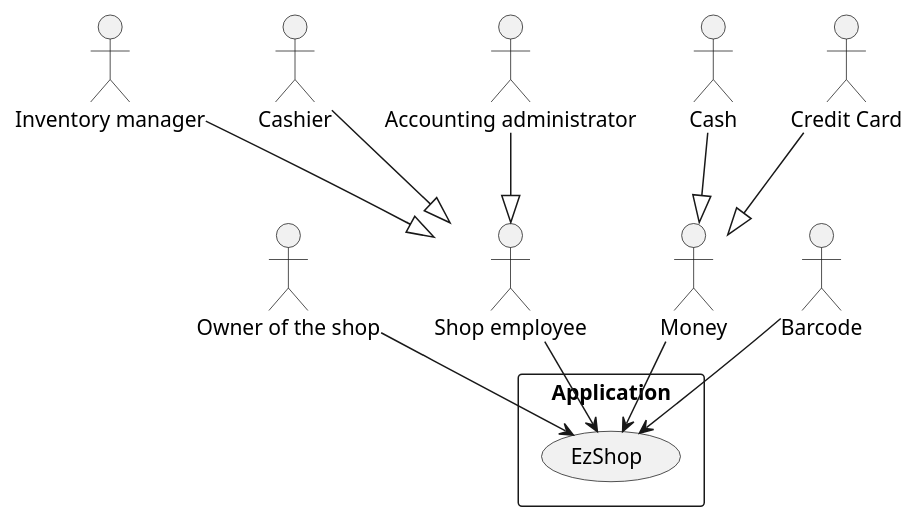
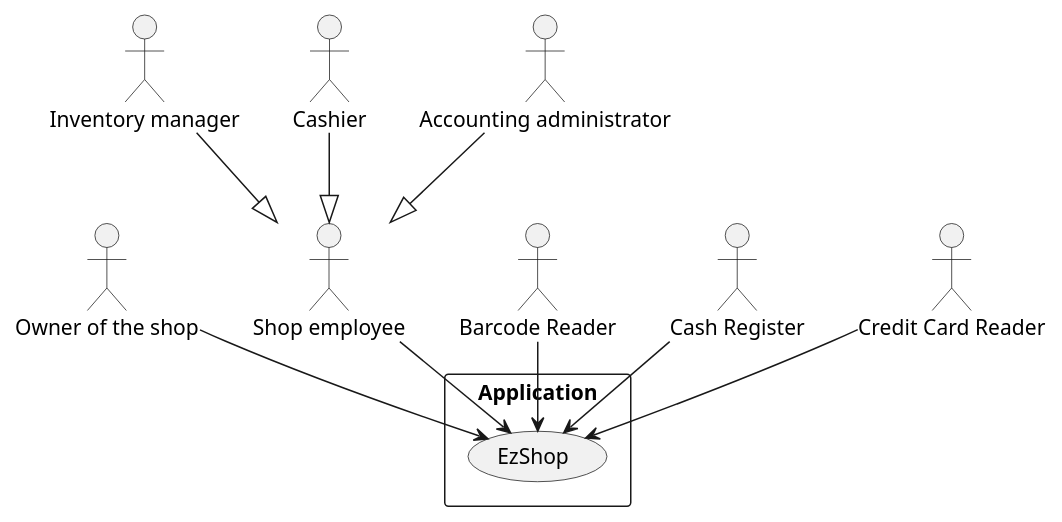
Before and after one commit to b3xul/ezshop: the first of 4 diagrams in Deliverables/RequirementsDocument.md, drawn with PlantUML. The commit also changed other lines of this file, not shown here.

````diff
--- a/Deliverables/RequirementsDocument.md
+++ b/Deliverables/RequirementsDocument.md
@@ -69,21 +67,19 @@
 ```plantuml
 @startuml
 rectangle Application {
     (EzShop)
 }
 
 :Owner of the shop: --> (EzShop)
 
 :Shop employee: --> (EzShop)
 :Inventory manager: --|> :Shop employee:
 :Cashier: --|> :Shop employee:
 :Accounting administrator: --|> :Shop employee:
 
-:Money:-->(EzShop)
-:Cash:--|>:Money:
-:Credit Card:--|>:Money:
-
-:Barcode:-->(EzShop)
+:Barcode Reader:-->(EzShop)
+:Cash Register:-->(EzShop)
+:Credit Card Reader:-->(EzShop)
 
 @enduml
 ```
````
